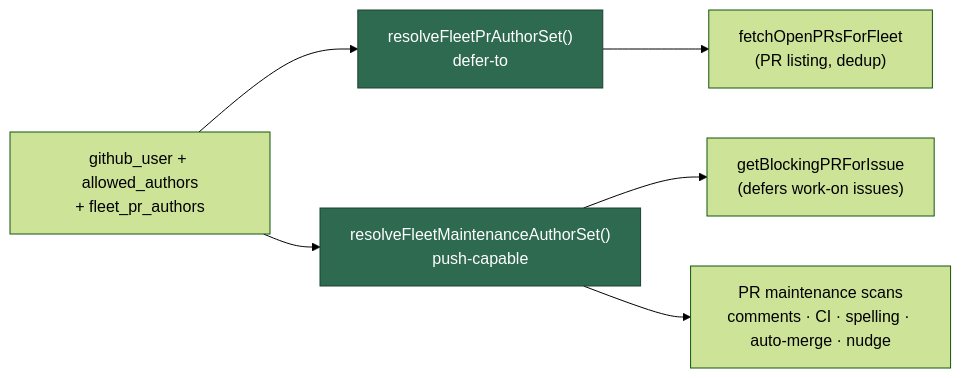
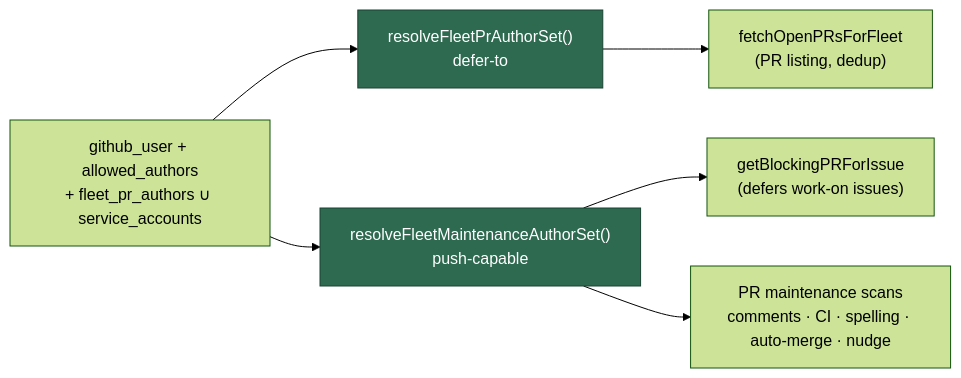
Before and after one commit to stSoftwareAU/VibeCoder: the fourth of 8 diagrams in docs/CONFIGURATION.md, drawn with Mermaid (forest theme). The commit also changed other lines of this file and 13 other files, not shown here.

First line of the commit message:
Union service_accounts into the fleet PR author set (#209)

````diff
--- a/docs/CONFIGURATION.md
+++ b/docs/CONFIGURATION.md
@@ -1372,11 +1412,11 @@
 ```mermaid
 flowchart LR
-    C["github_user + allowed_authors<br/>+ fleet_pr_authors"]
+    C["github_user + allowed_authors<br/>+ fleet_pr_authors ∪ service_accounts"]
     C --> R["resolveFleetPrAuthorSet()<br/>defer-to"]
     C --> P["resolveFleetMaintenanceAuthorSet()<br/>push-capable"]
     R --> D["fetchOpenPRsForFleet<br/>(PR listing, dedup)"]
     P --> B["getBlockingPRForIssue<br/>(defers work-on issues)"]
     P --> M["PR maintenance scans<br/>comments · CI · spelling · auto-merge · nudge"]
     style R fill:#2d6a4f,stroke:#1b4332,color:#fff
     style P fill:#2d6a4f,stroke:#1b4332,color:#fff
 ```
````
